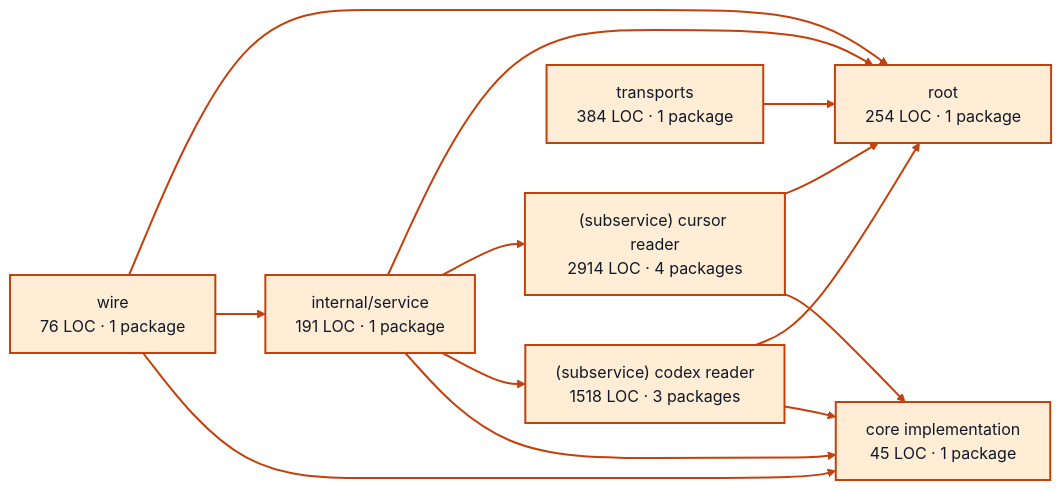
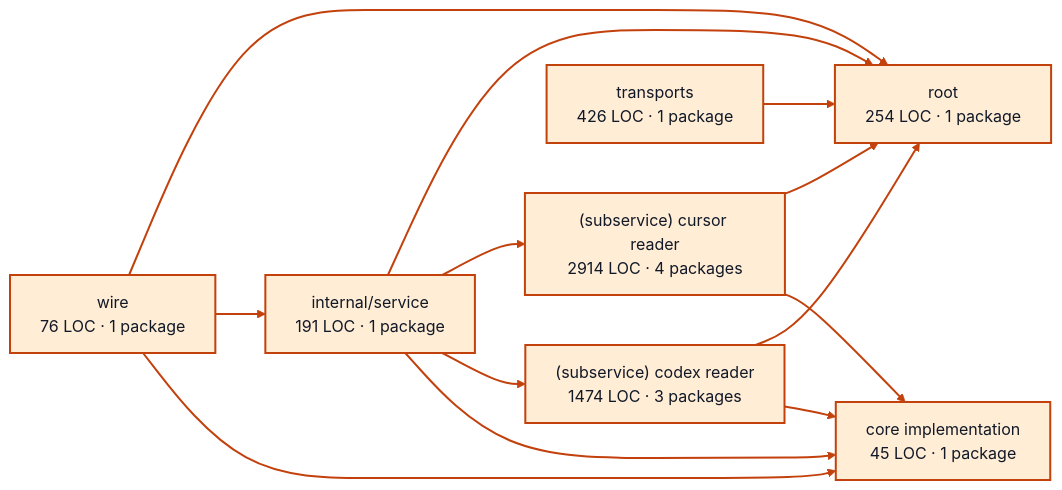
One commit to portpowered/you-agent-factory changed the diagram in docs/architecture/visualizations/services/provider_sessions.md. Above: the diagram before and after it, drawn with Mermaid (forest theme). The commit also changed other lines of this file and 20 other files, not shown here.

Commit message:
docs: refresh backend architecture visualizations

````diff
--- a/docs/architecture/visualizations/services/provider_sessions.md
+++ b/docs/architecture/visualizations/services/provider_sessions.md
@@ -11,30 +11,30 @@
 ```mermaid
 flowchart LR
   p0["core implementation<br/>45 LOC · 1 package"]
   p1["internal/service<br/>191 LOC · 1 package"]
-  p2["(subservice) codex reader<br/>1518 LOC · 3 packages"]
+  p2["(subservice) codex reader<br/>1474 LOC · 3 packages"]
   p3["(subservice) cursor reader<br/>2914 LOC · 4 packages"]
   p4["root<br/>254 LOC · 1 package"]
-  p5["transports<br/>384 LOC · 1 package"]
+  p5["transports<br/>426 LOC · 1 package"]
   p6["wire<br/>76 LOC · 1 package"]
   p1 --> p0
   p1 --> p2
   p1 --> p3
   p1 --> p4
   p2 --> p0
   p2 --> p4
   p3 --> p0
   p3 --> p4
   p5 --> p4
   p6 --> p0
   p6 --> p1
   p6 --> p4
   style p0 fill:#ffedd5,stroke:#c2410c,stroke-width:2px,color:#111827
   style p1 fill:#ffedd5,stroke:#c2410c,stroke-width:2px,color:#111827
   style p2 fill:#ffedd5,stroke:#c2410c,stroke-width:2px,color:#111827
   style p3 fill:#ffedd5,stroke:#c2410c,stroke-width:2px,color:#111827
   style p4 fill:#ffedd5,stroke:#c2410c,stroke-width:2px,color:#111827
   style p5 fill:#ffedd5,stroke:#c2410c,stroke-width:2px,color:#111827
   style p6 fill:#ffedd5,stroke:#c2410c,stroke-width:2px,color:#111827
   linkStyle default stroke:#c2410c,stroke-width:2px
 ```
````
